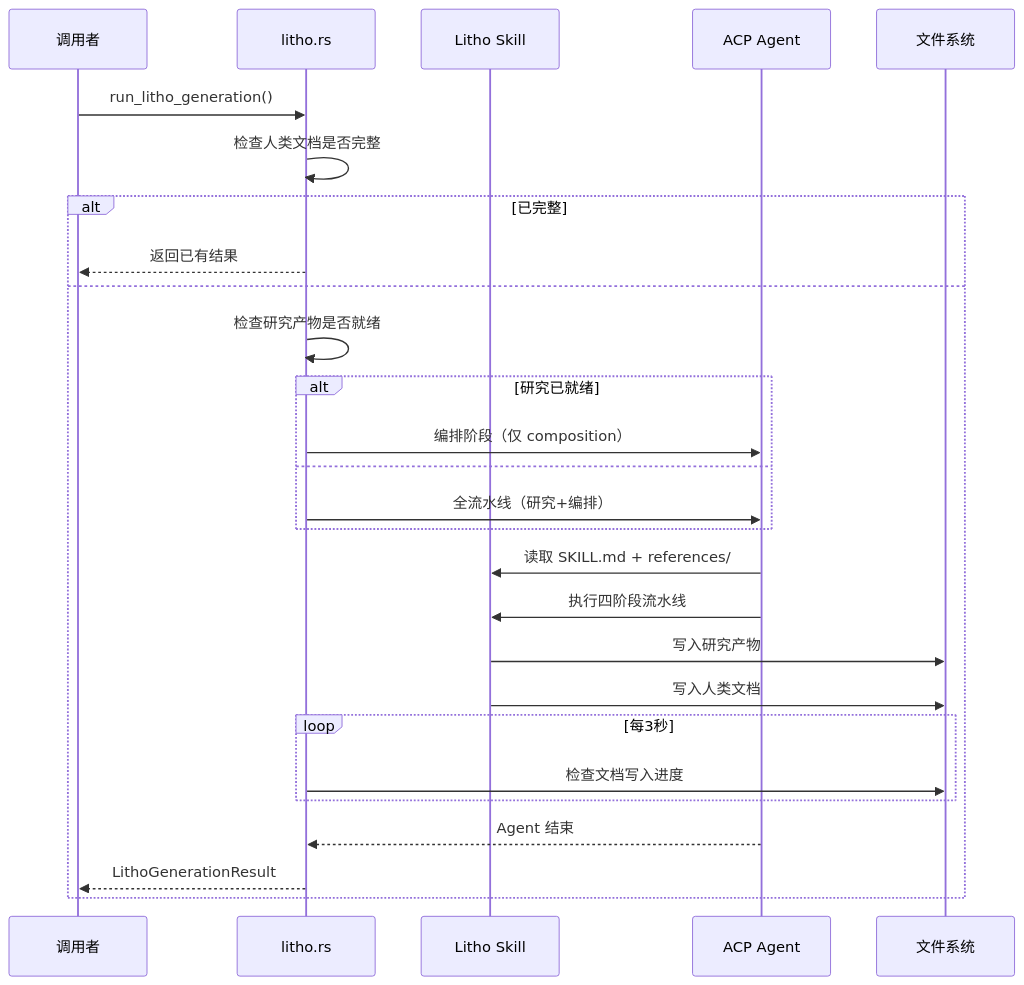
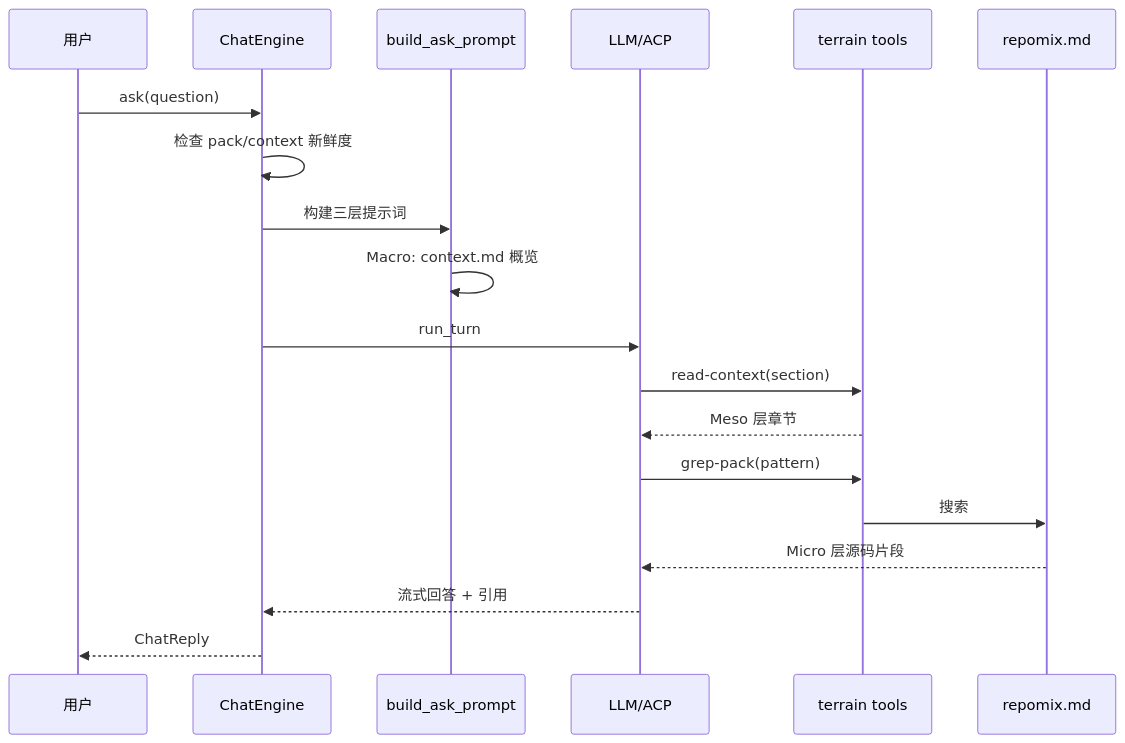
The sixth of 6 diagrams in .terrain/human/2.架构.md (sopaco/terrain), drawn with Mermaid before and after one commit. The commit also changed other lines of this file and 27 other files, not shown here.

````diff
--- a/.terrain/human/2.架构.md
+++ b/.terrain/human/2.架构.md
@@ -263,30 +269,22 @@
 ```mermaid
 sequenceDiagram
-    participant Caller as 调用者
-    participant Litho as litho.rs
-    participant Skill as Litho Skill
-    participant ACP as ACP Agent
-    participant FS as 文件系统
+    participant User as 用户
+    participant CE as ChatEngine
+    participant Prompt as build_ask_prompt
+    participant LLM as LLM/ACP
+    participant Tools as terrain tools
+    participant Pack as repomix.md
 
-    Caller->>Litho: run_litho_generation()
-    Litho->>Litho: 检查人类文档是否完整
-    alt 已完整
-        Litho-->>Caller: 返回已有结果
-    else
-        Litho->>Litho: 检查研究产物是否就绪
-        alt 研究已就绪
-            Litho->>ACP: 编排阶段（仅 composition）
-        else
-            Litho->>ACP: 全流水线（研究+编排）
-        end
-        ACP->>Skill: 读取 SKILL.md + references/
-        ACP->>Skill: 执行四阶段流水线
-        Skill->>FS: 写入研究产物
-        Skill->>FS: 写入人类文档
-        loop 每3秒
-            Litho->>FS: 检查文档写入进度
-        end
-        ACP-->>Litho: Agent 结束
-        Litho-->>Caller: LithoGenerationResult
-    end
+    User->>CE: ask(question)
+    CE->>CE: 检查 pack/context 新鲜度
+    CE->>Prompt: 构建三层提示词
+    Prompt->>Prompt: Macro: context.md 概览
+    CE->>LLM: run_turn
+  LLM->>Tools: read-context(section)
+    Tools-->>LLM: Meso 层章节
+    LLM->>Tools: grep-pack(pattern)
+    Tools->>Pack: 搜索
+    Pack-->>LLM: Micro 层源码片段
+    LLM-->>CE: 流式回答 + 引用
+    CE-->>User: ChatReply
 ```
````
